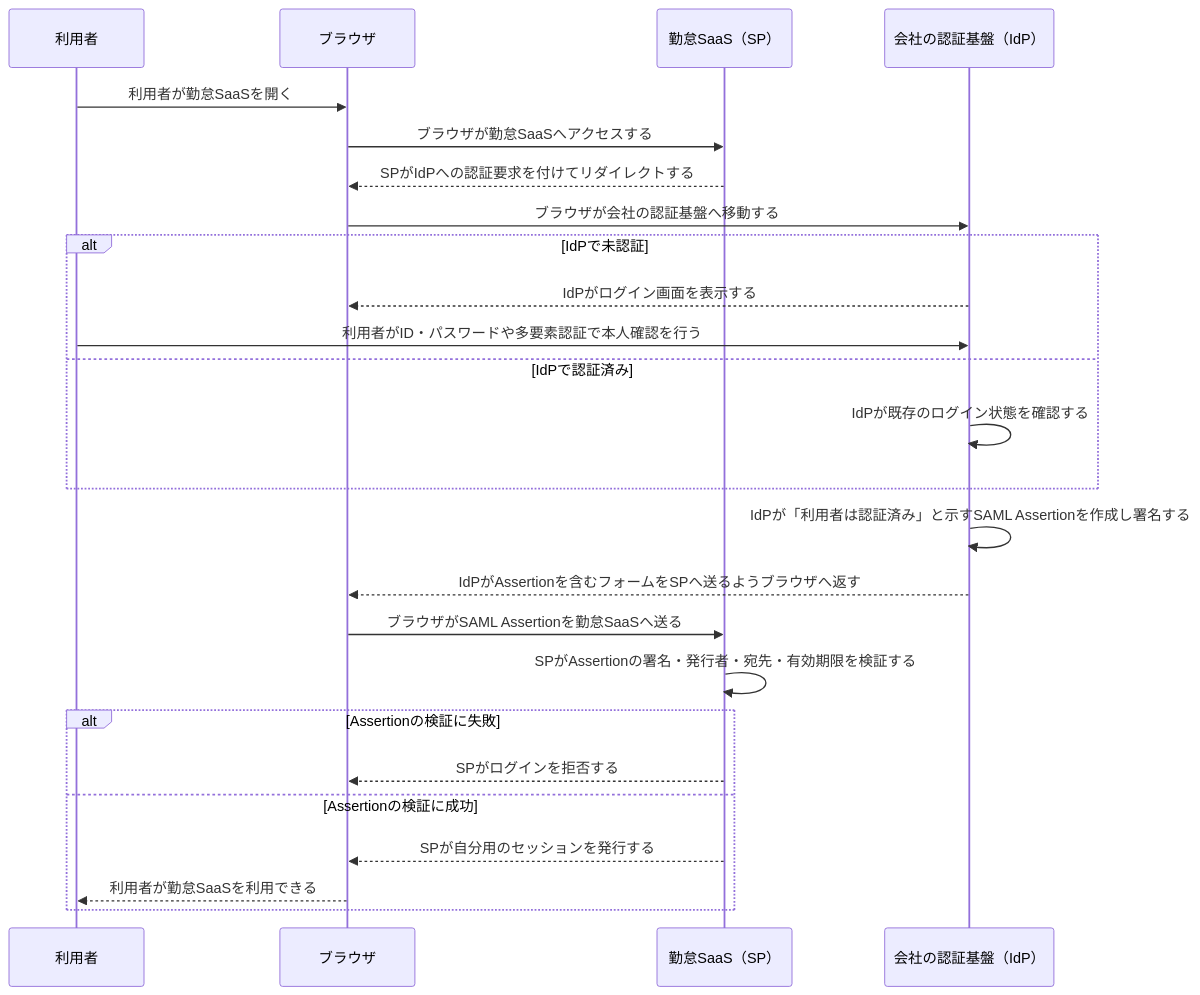
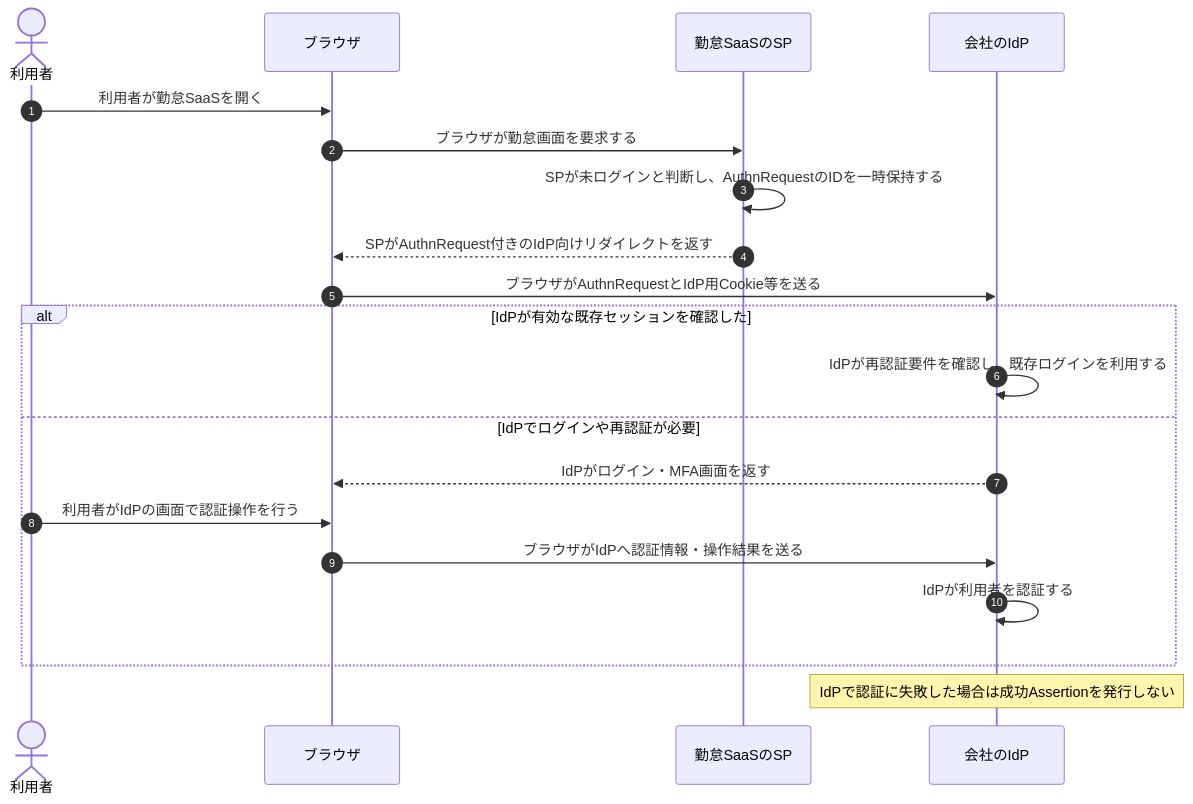
Before and after one commit to ryusuke2003/security-specialist-study: the first of 2 diagrams in 復習用/流れ図/SAMLによるSSO.md, drawn with Mermaid. The commit also changed other lines of this file and 26 other files, not shown here.

Commit message:
流れ図全23資料の主体と処理段階を明確化し構造検査を追加

````diff
--- a/復習用/流れ図/SAMLによるSSO.md
+++ b/復習用/流れ図/SAMLによるSSO.md
@@ -7,31 +11,23 @@
 ```mermaid
 sequenceDiagram
-    participant User as 利用者
-    participant Browser as ブラウザ
-    participant SP as 勤怠SaaS（SP）
-    participant IdP as 会社の認証基盤（IdP）
+    autonumber
+    actor U as 利用者
+    participant B as ブラウザ
+    participant S as 勤怠SaaSのSP
+    participant I as 会社のIdP
 
-    User->>Browser: 利用者が勤怠SaaSを開く
-    Browser->>SP: ブラウザが勤怠SaaSへアクセスする
-    SP-->>Browser: SPがIdPへの認証要求を付けてリダイレクトする
-    Browser->>IdP: ブラウザが会社の認証基盤へ移動する
-
-    alt IdPで未認証
-        IdP-->>Browser: IdPがログイン画面を表示する
-        User->>IdP: 利用者がID・パスワードや多要素認証で本人確認を行う
-    else IdPで認証済み
-        IdP->>IdP: IdPが既存のログイン状態を確認する
+    U->>B: 利用者が勤怠SaaSを開く
+    B->>S: ブラウザが勤怠画面を要求する
+    S->>S: SPが未ログインと判断し、AuthnRequestのIDを一時保持する
+    S-->>B: SPがAuthnRequest付きのIdP向けリダイレクトを返す
+    B->>I: ブラウザがAuthnRequestとIdP用Cookie等を送る
+    alt IdPが有効な既存セッションを確認した
+        I->>I: IdPが再認証要件を確認し、既存ログインを利用する
+    else IdPでログインや再認証が必要
+        I-->>B: IdPがログイン・MFA画面を返す
+        U->>B: 利用者がIdPの画面で認証操作を行う
+        B->>I: ブラウザがIdPへ認証情報・操作結果を送る
+        I->>I: IdPが利用者を認証する
     end
-
-    IdP->>IdP: IdPが「利用者は認証済み」と示すSAML Assertionを作成し署名する
-    IdP-->>Browser: IdPがAssertionを含むフォームをSPへ送るようブラウザへ返す
-    Browser->>SP: ブラウザがSAML Assertionを勤怠SaaSへ送る
-    SP->>SP: SPがAssertionの署名・発行者・宛先・有効期限を検証する
-
-    alt Assertionの検証に失敗
-        SP-->>Browser: SPがログインを拒否する
-    else Assertionの検証に成功
-        SP-->>Browser: SPが自分用のセッションを発行する
-        Browser-->>User: 利用者が勤怠SaaSを利用できる
-    end
+    Note over I: IdPで認証に失敗した場合は成功Assertionを発行しない
 ```
````
